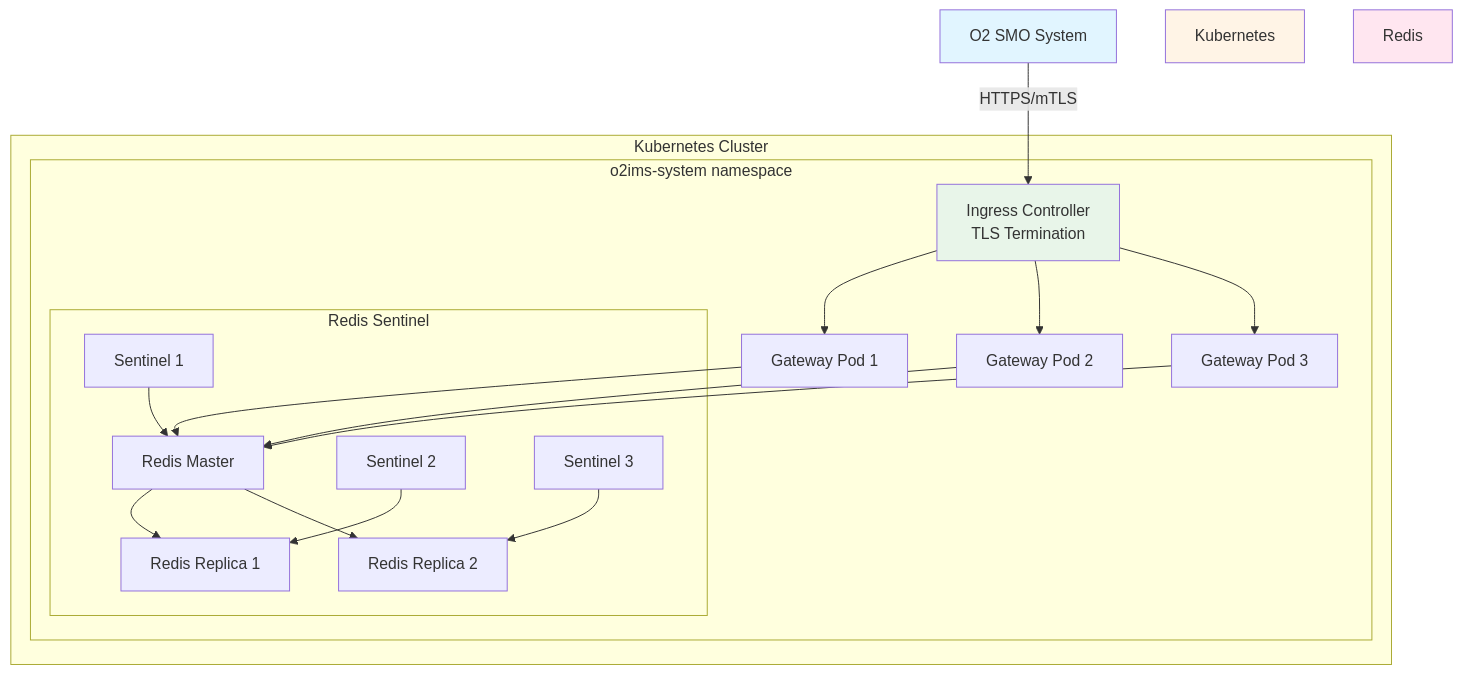
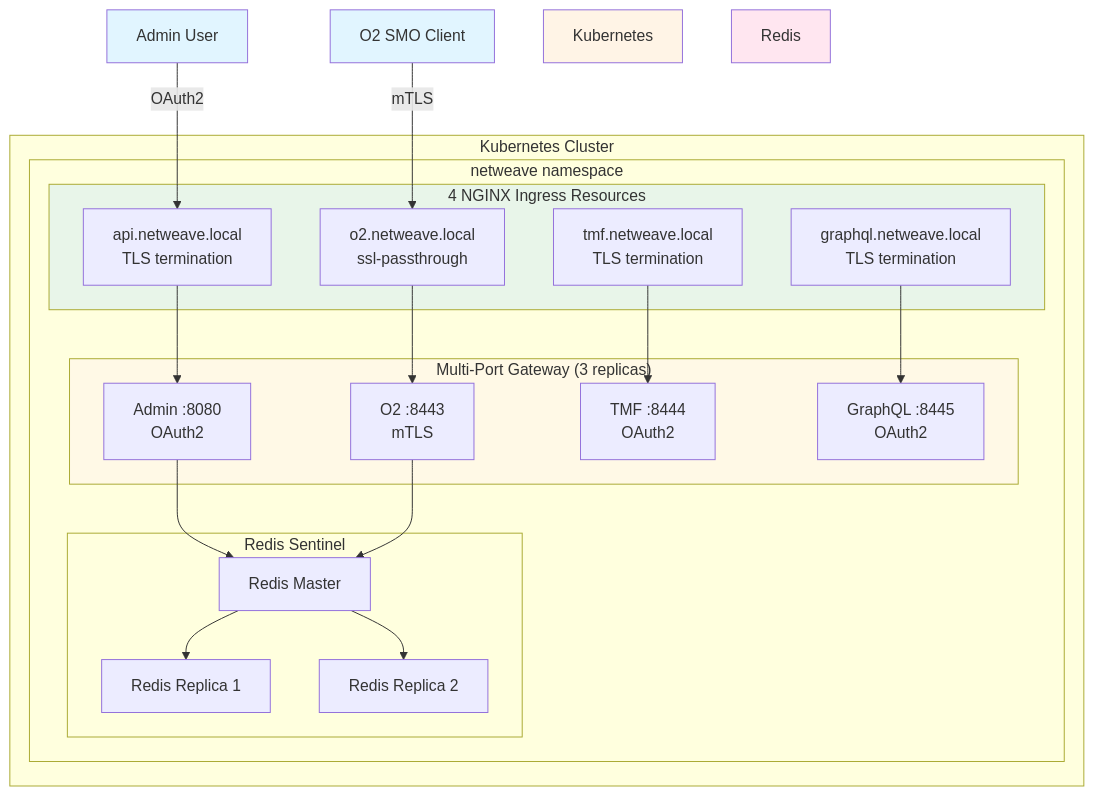
One commit to piwi3910/netweave changed the first of 3 diagrams in docs/getting-started/installation.md. Above: the diagram before and after it, drawn with Mermaid. The commit also changed other lines of this file and 7 other files, not shown here.

First line of the commit message:
[Docs] Update documentation for multi-port gateway architecture

````diff
--- a/docs/getting-started/installation.md
+++ b/docs/getting-started/installation.md
@@ -297,44 +307,48 @@
 ```mermaid
 graph TB
     subgraph Kubernetes Cluster
-        subgraph o2ims-system namespace
-            GW1[Gateway Pod 1]
-            GW2[Gateway Pod 2]
-            GW3[Gateway Pod 3]
+        subgraph netweave namespace
+            subgraph Gateway["Multi-Port Gateway (3 replicas)"]
+                AdminPort[Admin :8080<br/>OAuth2]
+                O2Port[O2 :8443<br/>mTLS]
+                TMFPort[TMF :8444<br/>OAuth2]
+                GQLPort[GraphQL :8445<br/>OAuth2]
+            end
 
             subgraph Redis Sentinel
                 R1[Redis Master]
                 R2[Redis Replica 1]
                 R3[Redis Replica 2]
-                S1[Sentinel 1]
-                S2[Sentinel 2]
-                S3[Sentinel 3]
             end
 
-            Ingress[Ingress Controller<br/>TLS Termination]
+            subgraph Ingress["4 NGINX Ingress Resources"]
+                IngAdmin[api.netweave.local<br/>TLS termination]
+                IngO2[o2.netweave.local<br/>ssl-passthrough]
+                IngTMF[tmf.netweave.local<br/>TLS termination]
+                IngGQL[graphql.netweave.local<br/>TLS termination]
+            end
         end
     end
 
-    Client[O2 SMO System]
+    SMO[O2 SMO Client]
+    Admin[Admin User]
 
-    Client -->|HTTPS/mTLS| Ingress
-    Ingress --> GW1
-    Ingress --> GW2
-    Ingress --> GW3
+    SMO -->|mTLS| IngO2
+    Admin -->|OAuth2| IngAdmin
+    IngO2 --> O2Port
+    IngAdmin --> AdminPort
+    IngTMF --> TMFPort
+    IngGQL --> GQLPort
 
-    GW1 --> R1
-    GW2 --> R1
-    GW3 --> R1
-
+    AdminPort --> R1
+    O2Port --> R1
     R1 --> R2
     R1 --> R3
 
-    S1 --> R1
-    S2 --> R2
-    S3 --> R3
-
-    style Client fill:#e1f5ff
+    style SMO fill:#e1f5ff
+    style Admin fill:#e1f5ff
     style Kubernetes fill:#fff4e6
     style Redis fill:#ffe6f0
     style Ingress fill:#e8f5e9
+    style Gateway fill:#fff9e6
 ```
````
